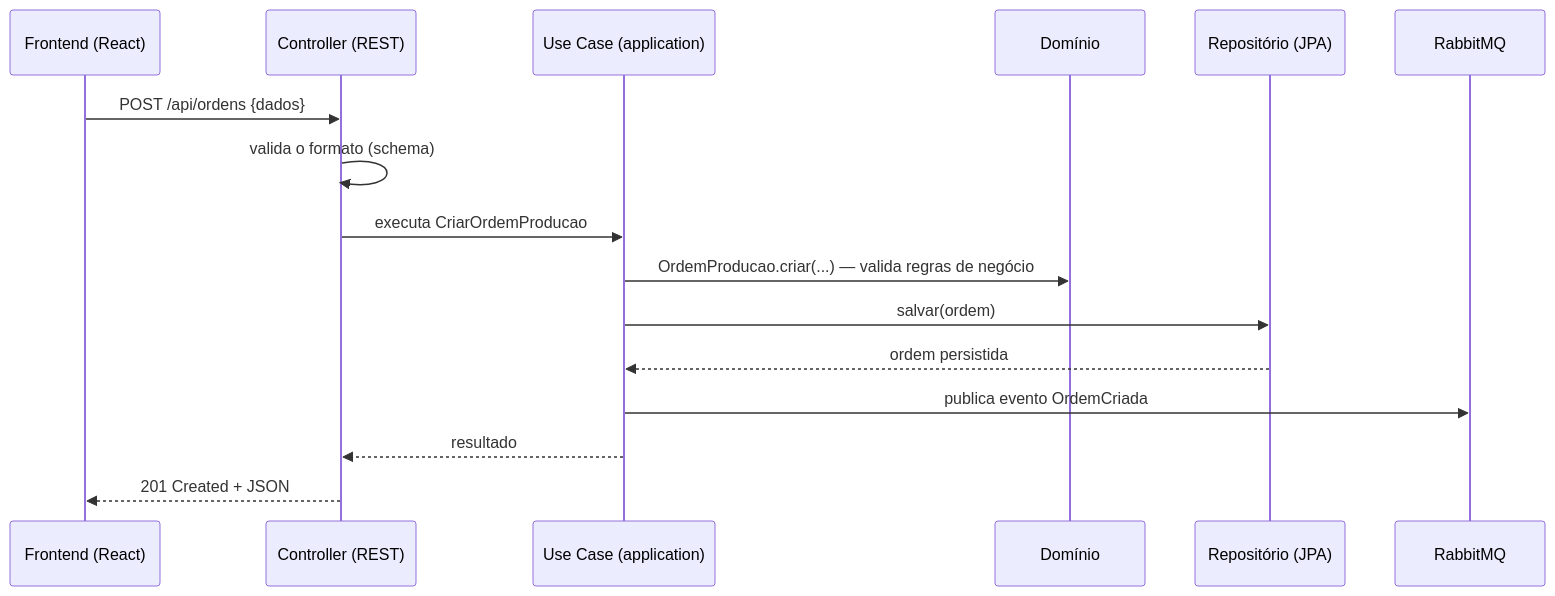
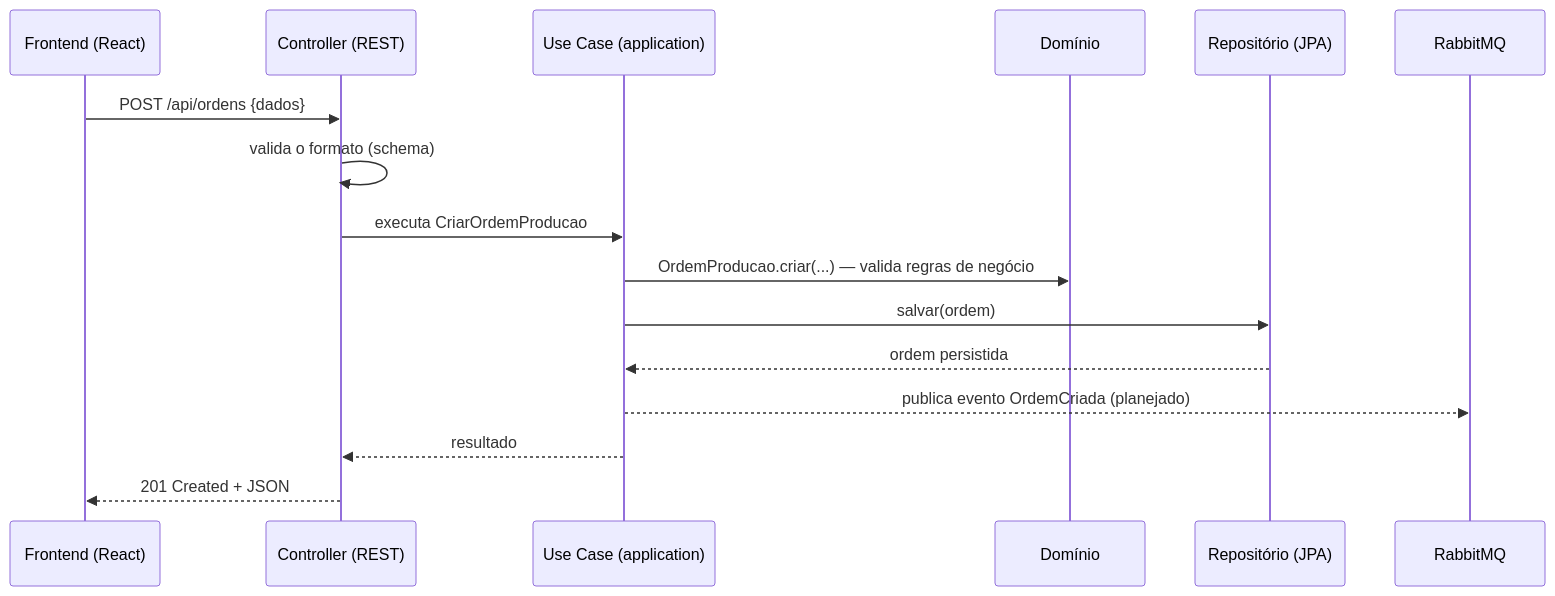
One commit to Krsoliveira/pcp-inteligente-producao changed the third of 3 diagrams in docs/arquitetura.md. Above: the diagram before and after it, drawn with Mermaid. The commit also changed other lines of this file and 6 other files, not shown here.

First line of the commit message:
docs: README de apresentação com telas, arquitetura e roadmap

````diff
--- a/docs/arquitetura.md
+++ b/docs/arquitetura.md
@@ -76,19 +76,19 @@
 ```mermaid
 sequenceDiagram
     participant F as Frontend (React)
     participant C as Controller (REST)
     participant S as Use Case (application)
     participant D as Domínio
     participant R as Repositório (JPA)
     participant Q as RabbitMQ
 
     F->>C: POST /api/ordens {dados}
     C->>C: valida o formato (schema)
     C->>S: executa CriarOrdemProducao
     S->>D: OrdemProducao.criar(...) — valida regras de negócio
     S->>R: salvar(ordem)
     R-->>S: ordem persistida
-    S->>Q: publica evento OrdemCriada
+    S-->>Q: publica evento OrdemCriada (planejado)
     S-->>C: resultado
     C-->>F: 201 Created + JSON
 ```
````
